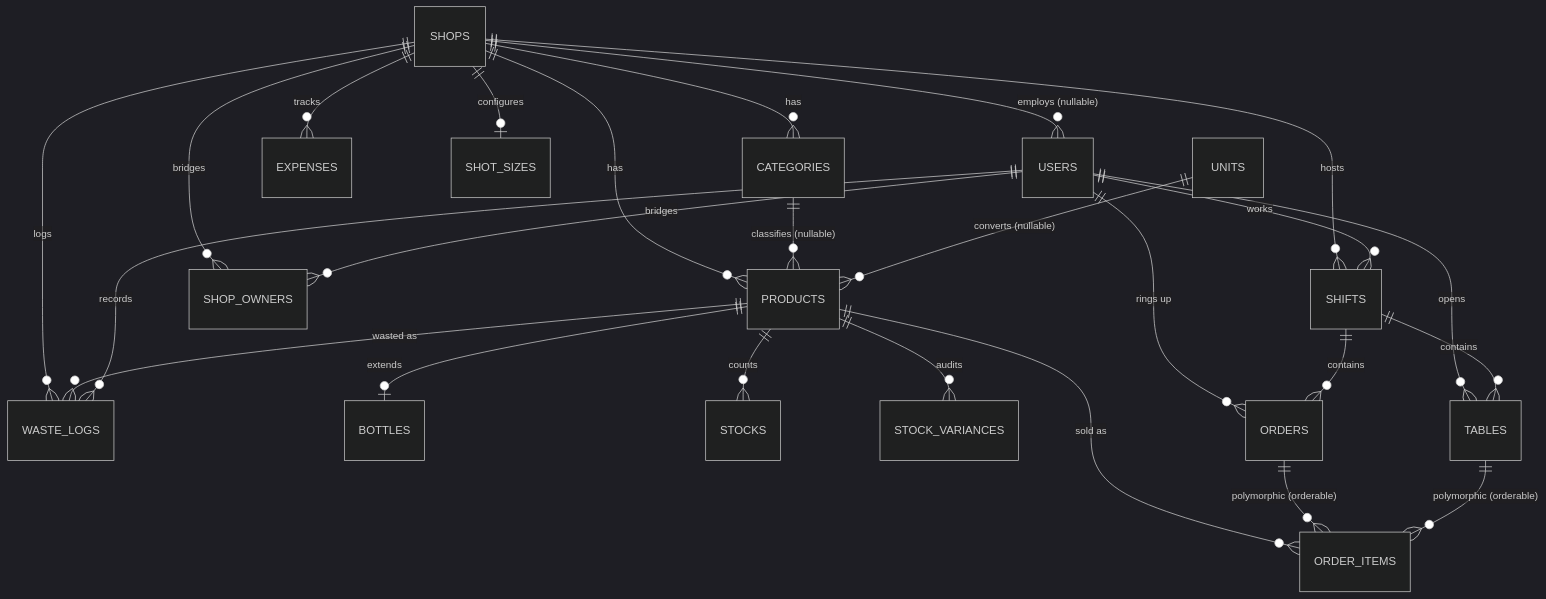
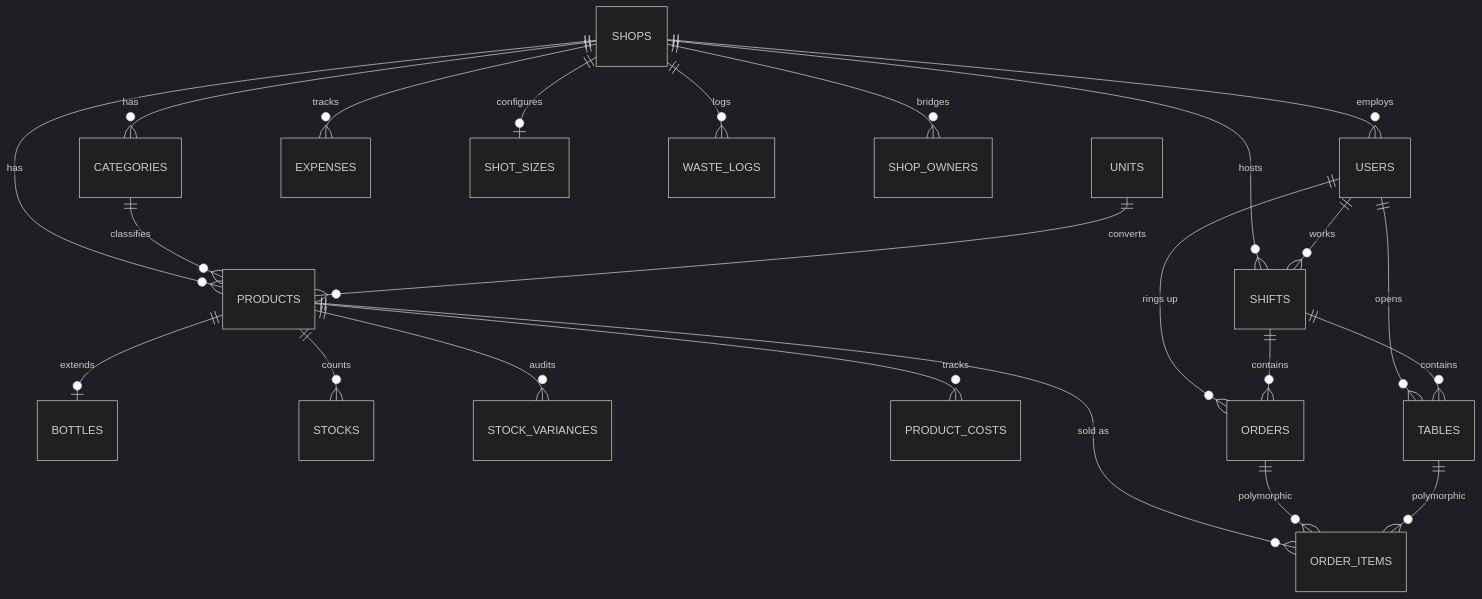
Before and after one commit to Mikelesnr/mom-popPOS: the diagram in dev_docs/database_design.md, drawn with Mermaid (dark theme). The commit also changed other lines of this file and 24 other files, not shown here.

````diff
--- a/dev_docs/database_design.md
+++ b/dev_docs/database_design.md
@@ -14,31 +22,30 @@
 ```mermaid
 erDiagram
     SHOPS ||--o{ CATEGORIES : "has"
     SHOPS ||--o{ PRODUCTS : "has"
-    SHOPS ||--o{ USERS : "employs (nullable)"
+    SHOPS ||--o{ USERS : "employs"
     SHOPS ||--o{ SHIFTS : "hosts"
     SHOPS ||--o{ EXPENSES : "tracks"
     SHOPS ||--o| SHOT_SIZES : "configures"
     SHOPS ||--o{ WASTE_LOGS : "logs"
     SHOPS ||--o{ SHOP_OWNERS : "bridges"
-    USERS ||--o{ SHOP_OWNERS : "bridges"
 
-    CATEGORIES ||--o{ PRODUCTS : "classifies (nullable)"
-    UNITS ||--o{ PRODUCTS : "converts (nullable)"
+    CATEGORIES ||--o{ PRODUCTS : "classifies"
+    UNITS ||--o{ PRODUCTS : "converts"
     PRODUCTS ||--o| BOTTLES : "extends"
     PRODUCTS ||--o{ STOCKS : "counts"
     PRODUCTS ||--o{ STOCK_VARIANCES : "audits"
     PRODUCTS ||--o{ ORDER_ITEMS : "sold as"
-    PRODUCTS ||--o{ WASTE_LOGS : "wasted as"
+    PRODUCTS ||--o{ PRODUCT_COSTS : "tracks"
 
     USERS ||--o{ SHIFTS : "works"
     USERS ||--o{ ORDERS : "rings up"
     USERS ||--o{ TABLES : "opens"
-    USERS ||--o{ WASTE_LOGS : "records"
 
     SHIFTS ||--o{ ORDERS : "contains"
     SHIFTS ||--o{ TABLES : "contains"
 
-    ORDERS ||--o{ ORDER_ITEMS : "polymorphic (orderable)"
-    TABLES ||--o{ ORDER_ITEMS : "polymorphic (orderable)"
+    ORDERS ||--o{ ORDER_ITEMS : "polymorphic"
+    TABLES ||--o{ ORDER_ITEMS : "polymorphic"
+
 ```
````
